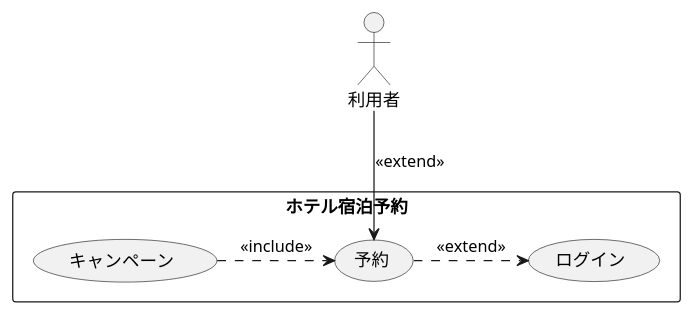
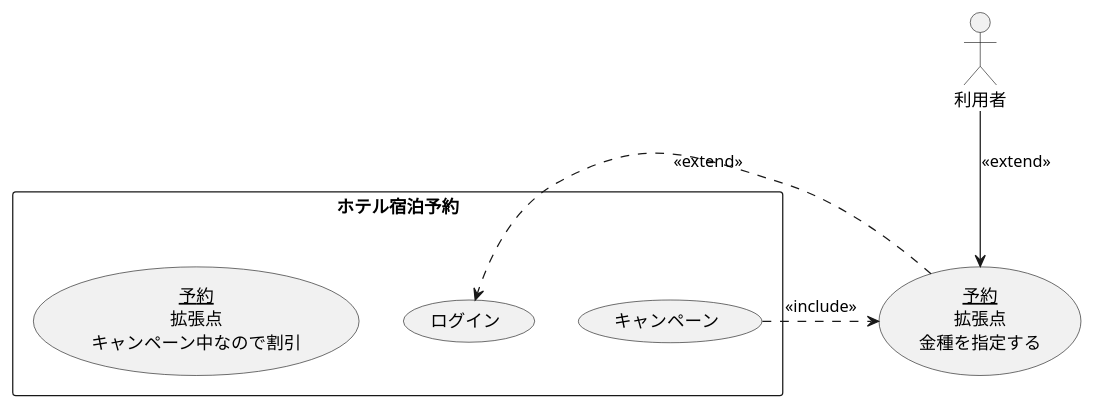
Before and after one commit to Charo249/uml_introduction: the diagram in 演習2-4_キャンペーン中のホテル宿泊予約.pu, drawn with PlantUML.

Commit message:
ｃ

```diff
--- a/演習2-4_キャンペーン中のホテル宿泊予約.pu
+++ b/演習2-4_キャンペーン中のホテル宿泊予約.pu
@@ -1,13 +1,15 @@
 @startuml ユースケース図
 
 actor 利用者
 
 rectangle ホテル宿泊予約{
 usecase キャンペーン
 usecase ログイン
-usecase 予約
+usecase (<u>予約</u>\n拡張点\nキャンペーン中なので割引)
+
+
 }
-キャンペーン.> 予約: << include >>
-予約.> ログイン: << extend >>
-利用者--> 予約:<< extend >>
+キャンペーン.> (<u>予約</u>\n拡張点\n金種を指定する): << include >>
+(<u>予約</u>\n拡張点\n金種を指定する).> ログイン: << extend >>
+利用者 --> (<u>予約</u>\n拡張点\n金種を指定する):<< extend >>
 @enduml
```
